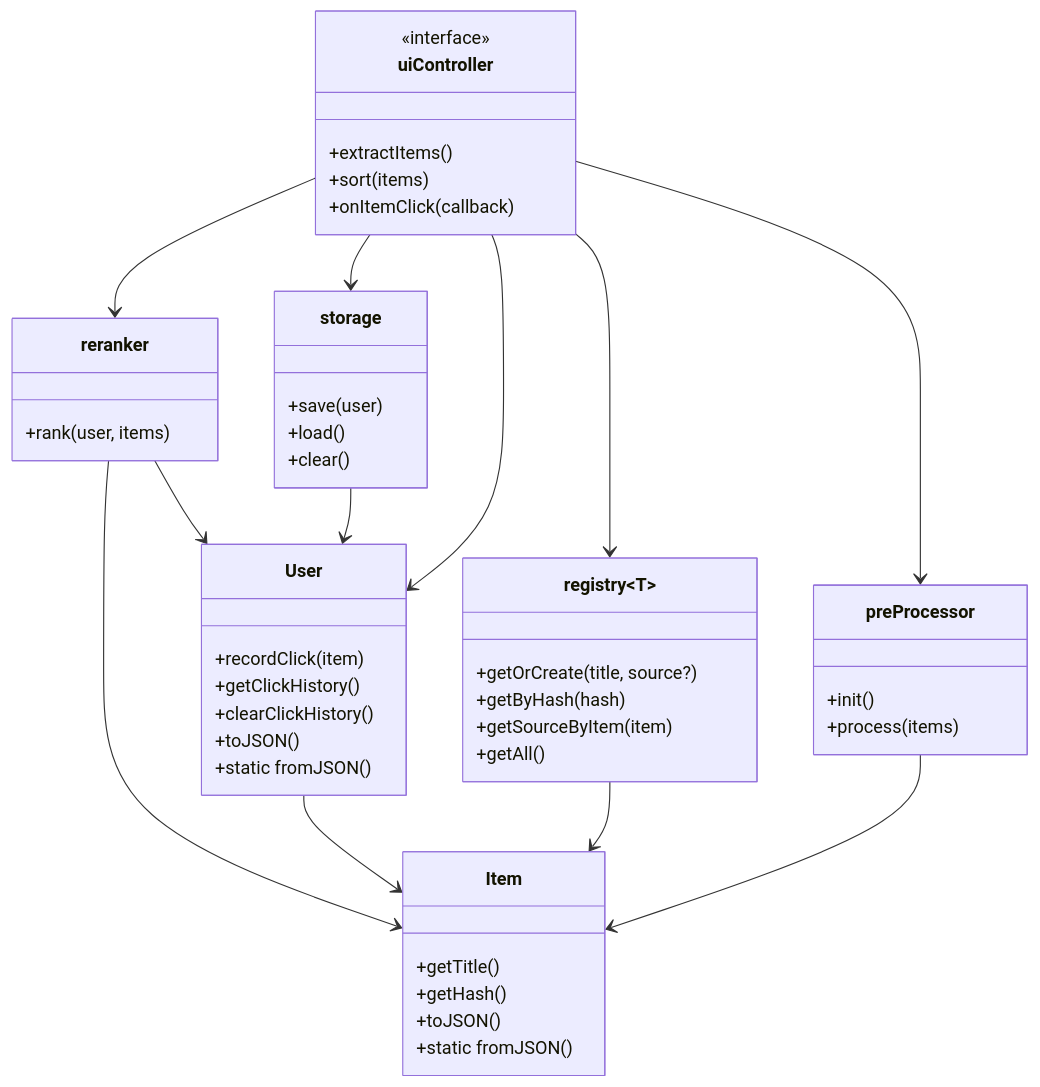
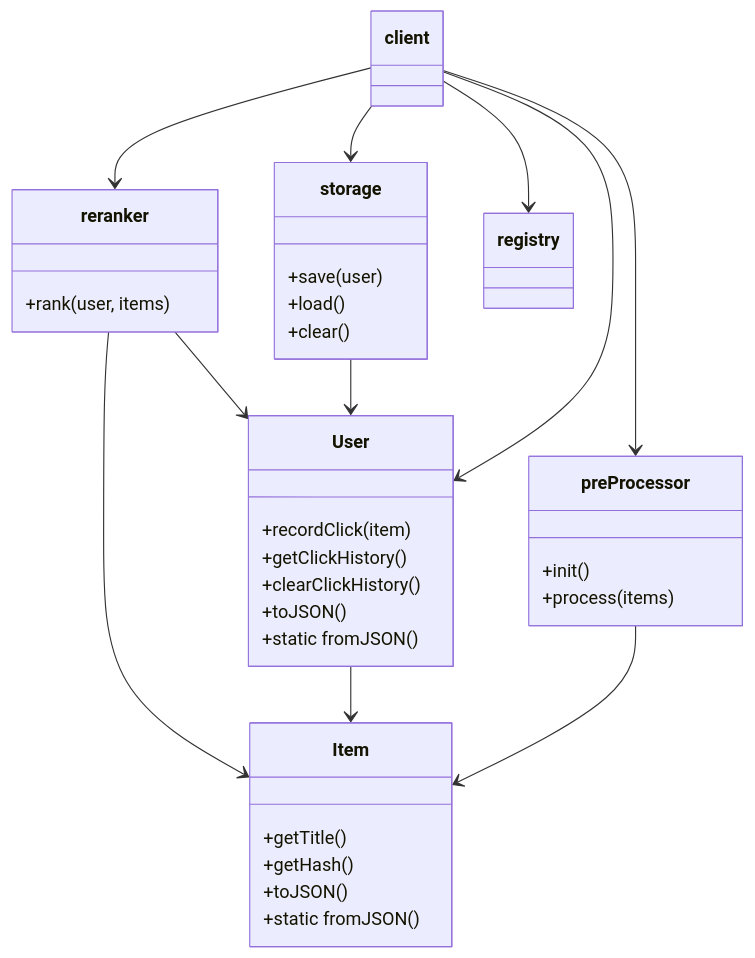
Before and after one commit to avengerandy/REI: the first of 3 diagrams in README.md, drawn with Mermaid. The commit also changed other lines of this file and 4 other files, not shown here.

````diff
--- a/README.md
+++ b/README.md
@@ -65,62 +67,48 @@
 ```mermaid
 classDiagram
     direction TB
     class Item {
         +getTitle()
         +getHash()
         +toJSON()
         +static fromJSON()
     }
 
     class User {
         +recordClick(item)
         +getClickHistory()
         +clearClickHistory()
         +toJSON()
         +static fromJSON()
     }
 
-    class registry~T~ {
-        +getOrCreate(title, source?)
-        +getByHash(hash)
-        +getSourceByItem(item)
-        +getAll()
-    }
-
     class preProcessor {
         +init()
         +process(items)
     }
 
     class reranker {
         +rank(user, items)
     }
 
-    class uiController {
-        <<interface>>
-        +extractItems()
-        +sort(items)
-        +onItemClick(callback)
-    }
-
     class storage {
         +save(user)
         +load()
         +clear()
     }
 
+    class client
+
     %% Relationships
     reranker --> User
     reranker --> Item
     User --> Item
-    registry --> Item
     preProcessor --> Item
     storage --> User
 
-    %% uiController orchestration
-    uiController --> User
-    uiController --> storage
-    uiController --> registry
-    uiController --> preProcessor
-    uiController --> reranker
+    client --> storage
+    client --> registry
+    client --> User
+    client --> preProcessor
+    client --> reranker
 ```
````
